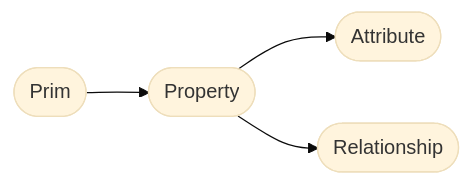
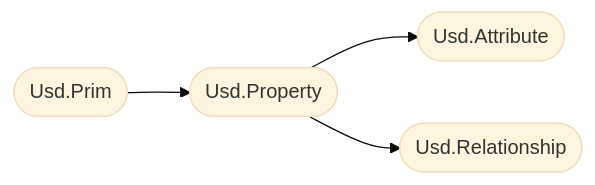
The first of 2 diagrams in docs/src/core/elements/data_container.md (LucaScheller/VFX-UsdSurvivalGuide), drawn with Mermaid (base theme) before and after one commit. The commit also changed other lines of this file and 3 other files, not shown here.

````diff
--- a/docs/src/core/elements/data_container.md
+++ b/docs/src/core/elements/data_container.md
@@ -4,6 +7,6 @@
 ```mermaid
 flowchart LR
-    prim([Prim]) --> property([Property])
-    property --> attribute([Attribute])
-    property --> relationship([Relationship])
+    prim([Usd.Prim]) --> property([Usd.Property])
+    property --> attribute([Usd.Attribute])
+    property --> relationship([Usd.Relationship])
 ```
````
